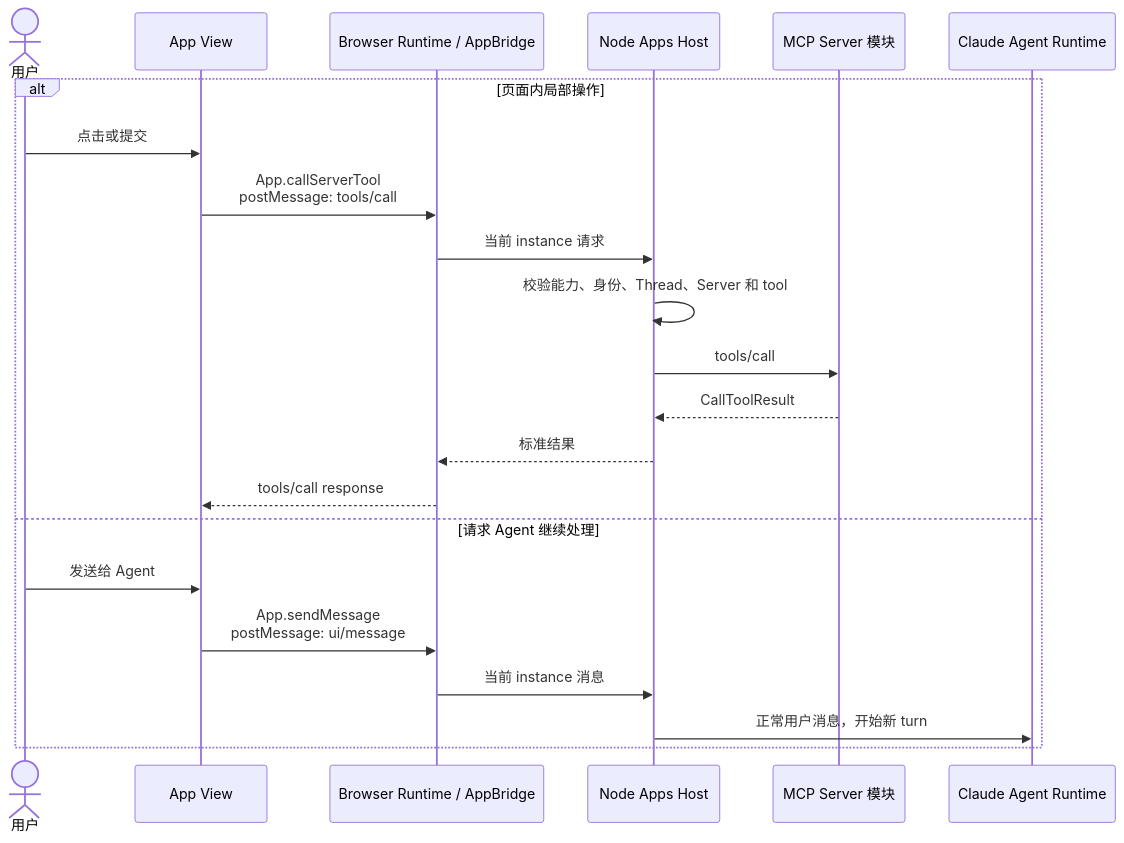
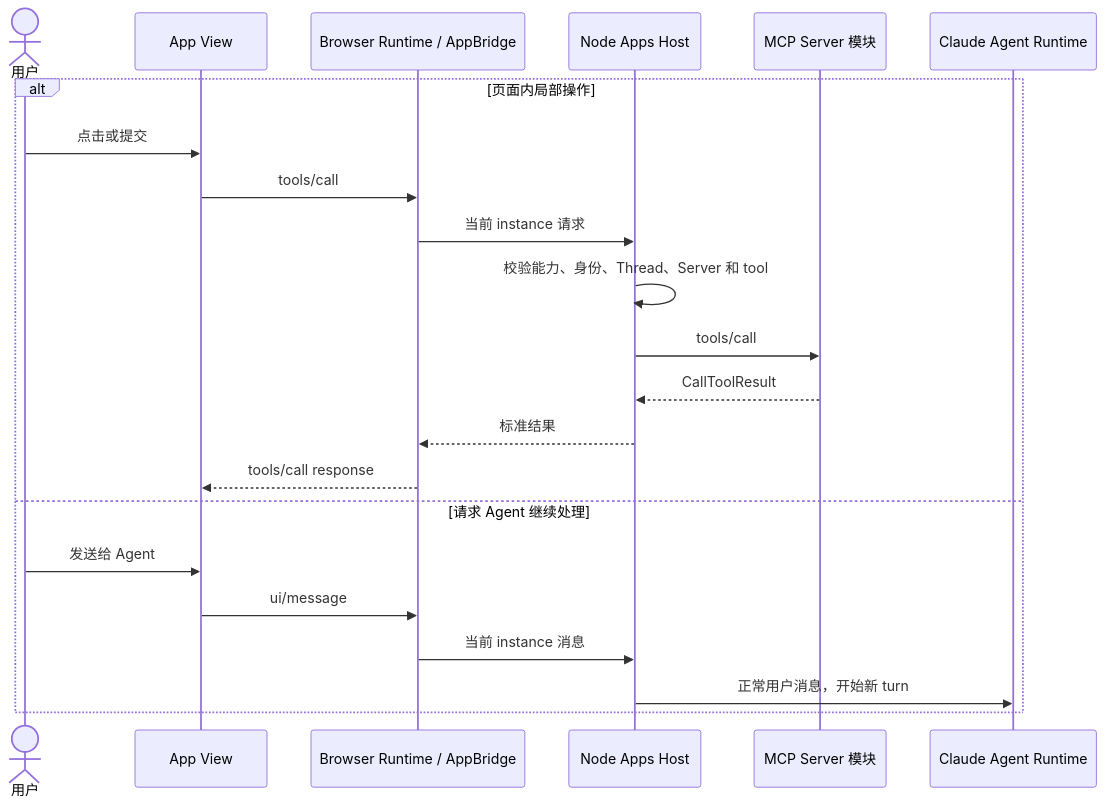
The second of 2 diagrams in docs/design/claude-agent/mcp-apps-client-host-communication.md (glide-the/im-dream), drawn with Mermaid before and after one commit. The commit also changed other lines of this file and 6 other files, not shown here.

````diff
--- a/docs/design/claude-agent/mcp-apps-client-host-communication.md
+++ b/docs/design/claude-agent/mcp-apps-client-host-communication.md
@@ -139,25 +142,25 @@
 ```mermaid
 sequenceDiagram
     actor U as 用户
     participant V as App View
     participant B as Browser Runtime / AppBridge
     participant N as Node Apps Host
     participant S as MCP Server 模块
     participant A as Claude Agent Runtime
 
     alt 页面内局部操作
         U->>V: 点击或提交
-        V->>B: App.callServerTool<br/>postMessage: tools/call
+        V->>B: tools/call
         B->>N: 当前 instance 请求
         N->>N: 校验能力、身份、Thread、Server 和 tool
         N->>S: tools/call
         S-->>N: CallToolResult
         N-->>B: 标准结果
         B-->>V: tools/call response
     else 请求 Agent 继续处理
         U->>V: 发送给 Agent
-        V->>B: App.sendMessage<br/>postMessage: ui/message
+        V->>B: ui/message
         B->>N: 当前 instance 消息
         N->>A: 正常用户消息，开始新 turn
     end
 ```
````
